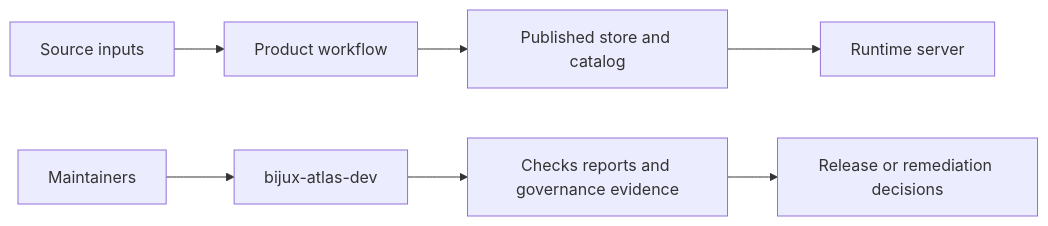
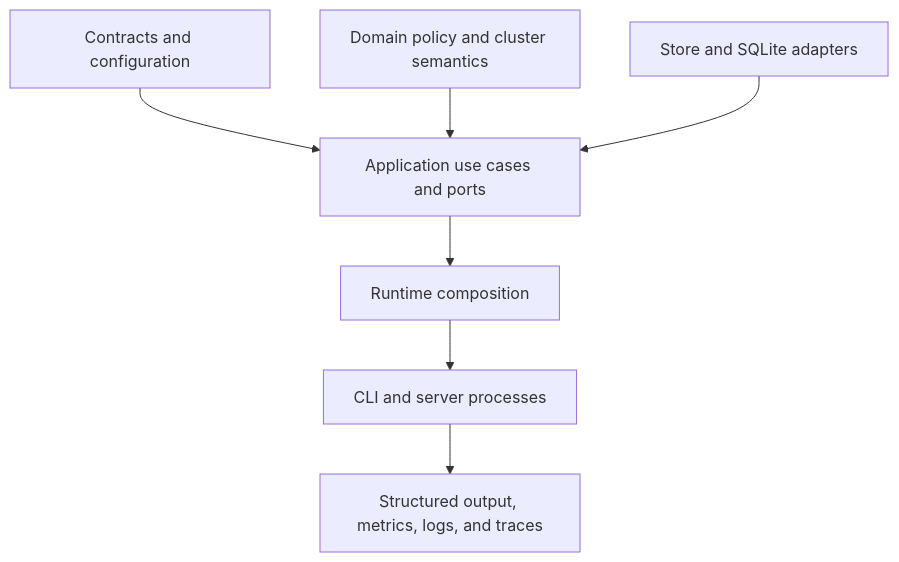
The second of 3 diagrams in docs/bijux-atlas/runtime/system-overview.md (bijux/bijux-atlas), drawn with Mermaid before and after one commit. The commit also changed other lines of this file and 2 other files, not shown here.

Commit message:
docs(runtime): define product and request architecture

````diff
--- a/docs/bijux-atlas/runtime/system-overview.md
+++ b/docs/bijux-atlas/runtime/system-overview.md
@@ -32,9 +64,9 @@
 ```mermaid
-flowchart LR
-    Inputs[Source inputs] --> Product[Product workflow]
-    Product --> Store[Published store and catalog]
-    Store --> Runtime[Runtime server]
-    Maintainers[Maintainers] --> ControlPlane[bijux-atlas-dev]
-    ControlPlane --> Evidence[Checks reports and governance evidence]
-    Evidence --> Release[Release or remediation decisions]
+flowchart TB
+    Contracts[Contracts and configuration] --> App[Application use cases and ports]
+    Domain[Domain policy and cluster semantics] --> App
+    Adapters[Store and SQLite adapters] --> App
+    App --> Composition[Runtime composition]
+    Composition --> Delivery[CLI and server processes]
+    Delivery --> Telemetry[Structured output, metrics, logs, and traces]
 ```
````
